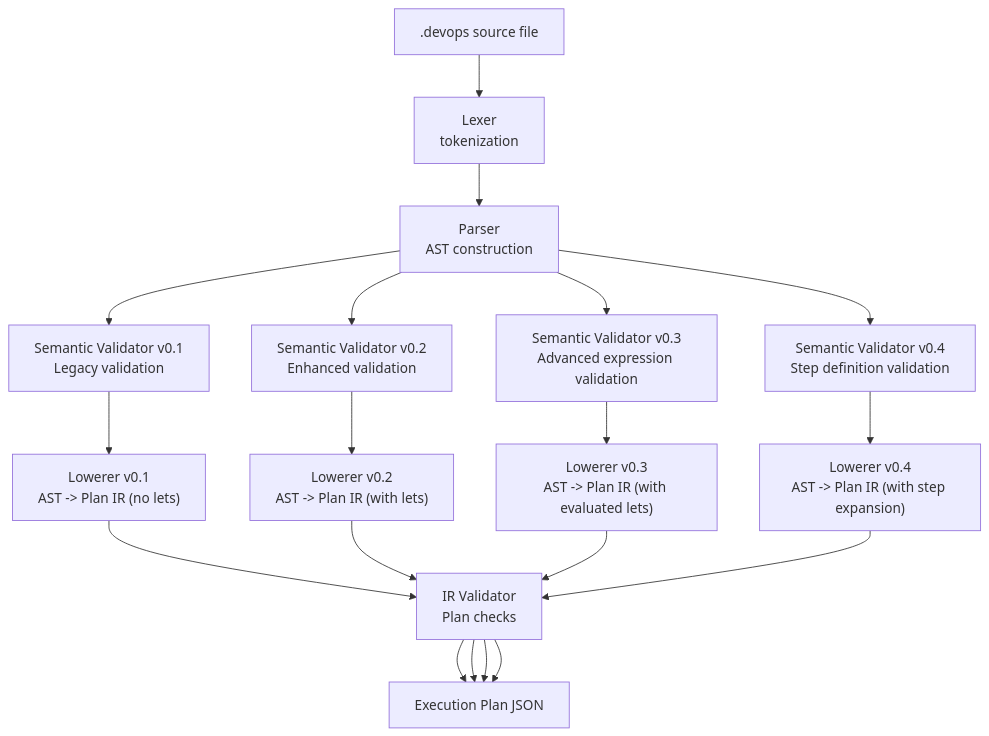
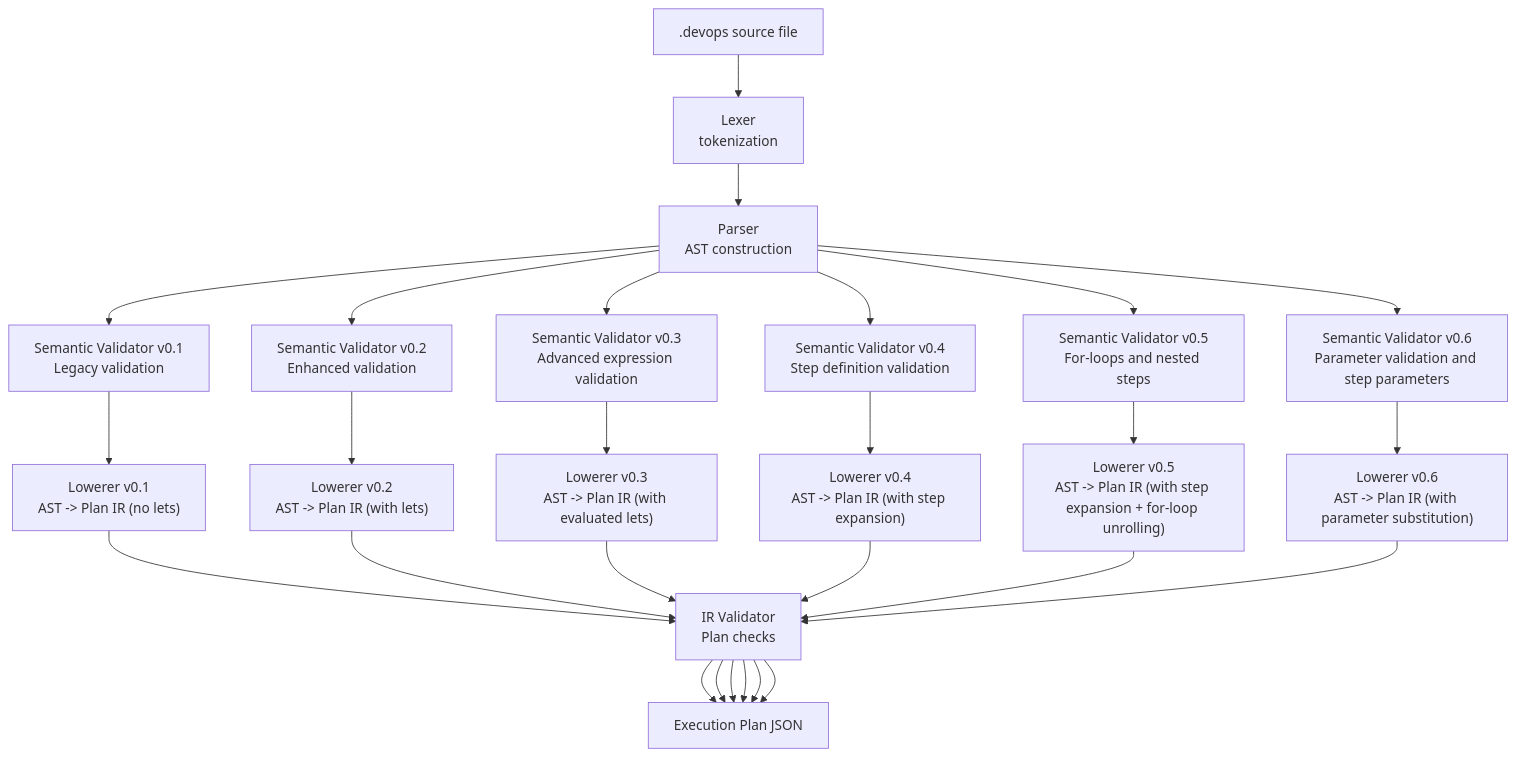
Before and after one commit to ahmednour1430464/dotdevops: the first of 15 diagrams in .qoder/repowiki/en/content/.devops Language Reference/Validation Rules and Constraints.md, drawn with Mermaid. The commit also changed other lines of this file and 12 other files, not shown here.

First line of the commit message:
feat(devlang): add v0.5 for-loop and nested step support

````diff
--- a/.qoder/repowiki/en/content/.devops Language Reference/Validation Rules and Constraints.md
+++ b/.qoder/repowiki/en/content/.devops Language Reference/Validation Rules and Constraints.md
@@ -73,20 +90,26 @@
 ```mermaid
 graph TB
 SRC[".devops source file"]
 LEX["Lexer<br/>tokenization"]
 PARSE["Parser<br/>AST construction"]
 SEMVAL01["Semantic Validator v0.1<br/>Legacy validation"]
 SEMVAL02["Semantic Validator v0.2<br/>Enhanced validation"]
 SEMVAL03["Semantic Validator v0.3<br/>Advanced expression validation"]
 SEMVAL04["Semantic Validator v0.4<br/>Step definition validation"]
+SEMVAL05["Semantic Validator v0.5<br/>For-loops and nested steps"]
+SEMVAL06["Semantic Validator v0.6<br/>Parameter validation and step parameters"]
 LOWER01["Lowerer v0.1<br/>AST -> Plan IR (no lets)"]
 LOWER02["Lowerer v0.2<br/>AST -> Plan IR (with lets)"]
 LOWER03["Lowerer v0.3<br/>AST -> Plan IR (with evaluated lets)"]
 LOWER04["Lowerer v0.4<br/>AST -> Plan IR (with step expansion)"]
+LOWER05["Lowerer v0.5<br/>AST -> Plan IR (with step expansion + for-loop unrolling)"]
+LOWER06["Lowerer v0.6<br/>AST -> Plan IR (with parameter substitution)"]
 IRVAL["IR Validator<br/>Plan checks"]
 OUT["Execution Plan JSON"]
 SRC --> LEX --> PARSE --> SEMVAL01 --> LOWER01 --> IRVAL --> OUT
 PARSE --> SEMVAL02 --> LOWER02 --> IRVAL --> OUT
 PARSE --> SEMVAL03 --> LOWER03 --> IRVAL --> OUT
 PARSE --> SEMVAL04 --> LOWER04 --> IRVAL --> OUT
+PARSE --> SEMVAL05 --> LOWER05 --> IRVAL --> OUT
+PARSE --> SEMVAL06 --> LOWER06 --> IRVAL --> OUT
 ```
````
